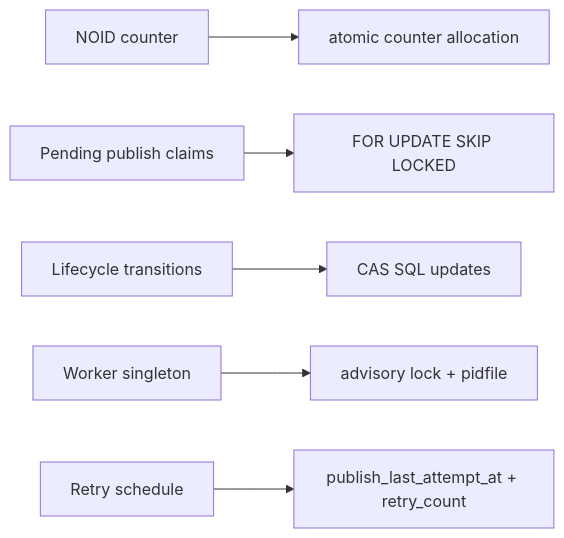
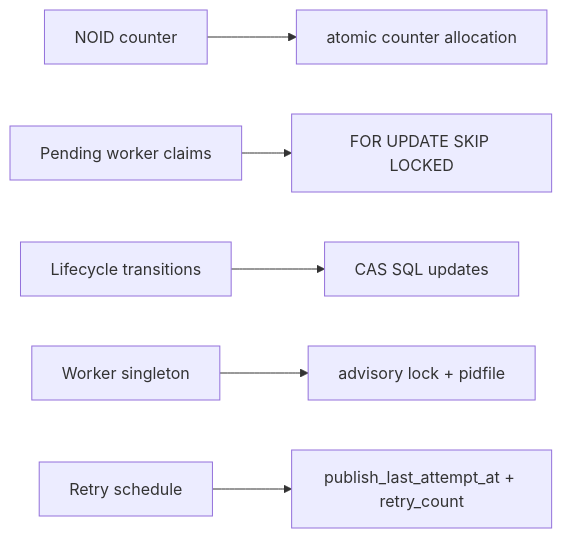
One commit to LA-Referencia-IOI/dark-core-minter-api changed the ninth of 12 diagrams in minter-architecture.md. Above: the diagram before and after it, drawn with Mermaid. The commit also changed other lines of this file and 42 other files, not shown here.

````diff
--- a/minter-architecture.md
+++ b/minter-architecture.md
@@ -328,8 +373,8 @@
 ```mermaid
 flowchart LR
     A["NOID counter"] --> B["atomic counter allocation"]
-    C["Pending publish claims"] --> D["FOR UPDATE SKIP LOCKED"]
+    C["Pending worker claims"] --> D["FOR UPDATE SKIP LOCKED"]
     E["Lifecycle transitions"] --> F["CAS SQL updates"]
     G["Worker singleton"] --> H["advisory lock + pidfile"]
     I["Retry schedule"] --> J["publish_last_attempt_at + retry_count"]
 ```
````
